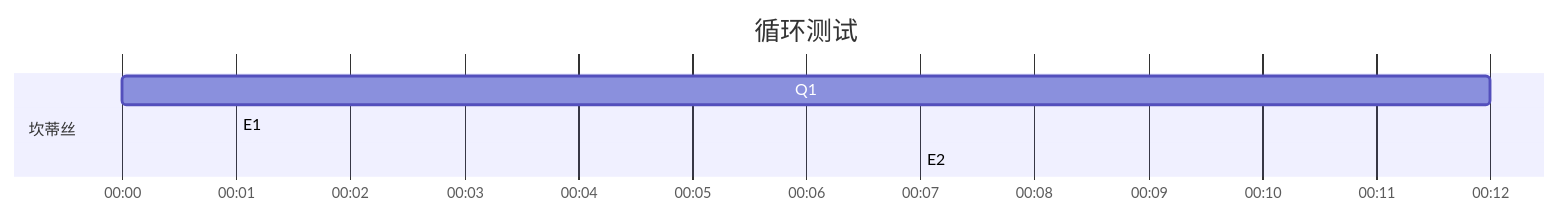
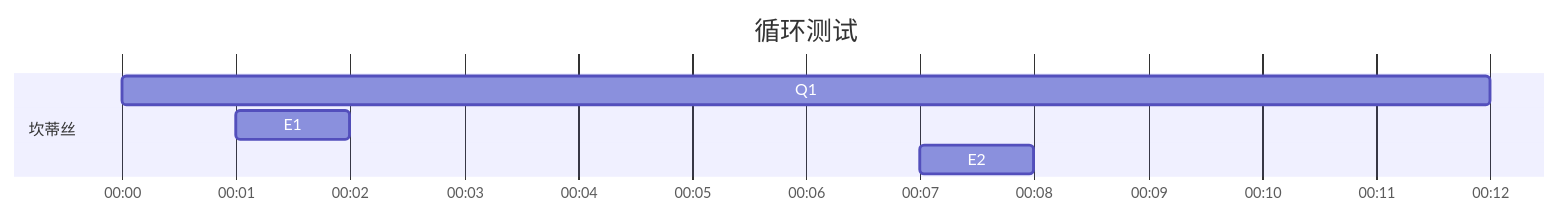
The second of 2 diagrams in _drafts/2022-1.md (JiYouMCC/JiYouMCC.github.io), drawn with Mermaid before and after one commit.

````diff
--- a/_drafts/2022-1.md
+++ b/_drafts/2022-1.md
@@ -21,11 +21,11 @@
 ```mermaid
 gantt
     title 循环测试
     axisFormat %M:%S
     todayMarker off
     
     section 坎蒂丝
     Q1   :    2023-01-29 12:00:00, 12s
-    E1   :    2023-01-29 12:00:01, 1S
-    E2   :    2023-01-29 12:00:07, 1S
+    E1   :    2023-01-29 12:00:01, 1s
+    E2   :    2023-01-29 12:00:07, 1s
 ```
````
